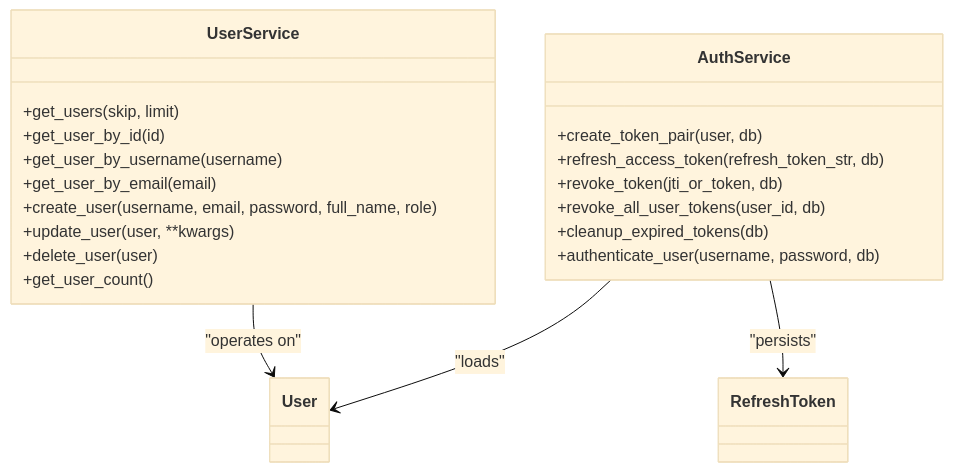
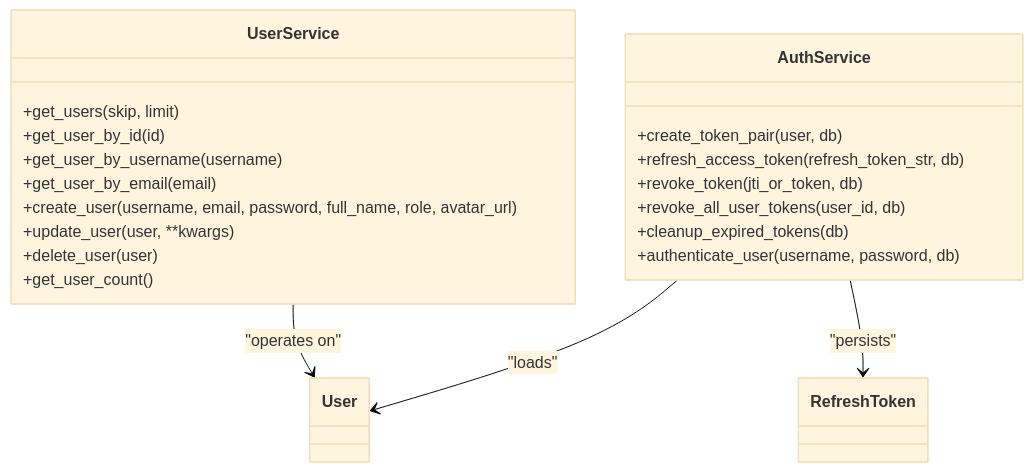
The fifth of 6 diagrams in .qoder/repowiki/en/content/Database Design.md (Nikita5543/New-SSO-02), drawn with Mermaid (base theme) before and after one commit. The commit also changed other lines of this file and 4 other files, not shown here.

Commit message:
commit-repo-wiki-user-avatar

````diff
--- a/.qoder/repowiki/en/content/Database Design.md
+++ b/.qoder/repowiki/en/content/Database Design.md
@@ -244,24 +246,24 @@
 ```mermaid
 classDiagram
 class UserService {
 +get_users(skip, limit)
 +get_user_by_id(id)
 +get_user_by_username(username)
 +get_user_by_email(email)
-+create_user(username, email, password, full_name, role)
++create_user(username, email, password, full_name, role, avatar_url)
 +update_user(user, **kwargs)
 +delete_user(user)
 +get_user_count()
 }
 class AuthService {
 +create_token_pair(user, db)
 +refresh_access_token(refresh_token_str, db)
 +revoke_token(jti_or_token, db)
 +revoke_all_user_tokens(user_id, db)
 +cleanup_expired_tokens(db)
 +authenticate_user(username, password, db)
 }
 UserService --> User : "operates on"
 AuthService --> User : "loads"
 AuthService --> RefreshToken : "persists"
 ```
````
